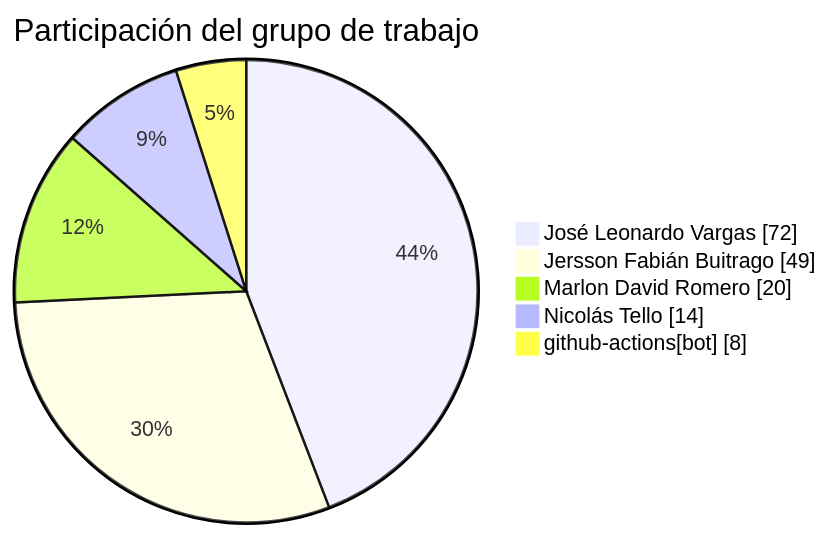
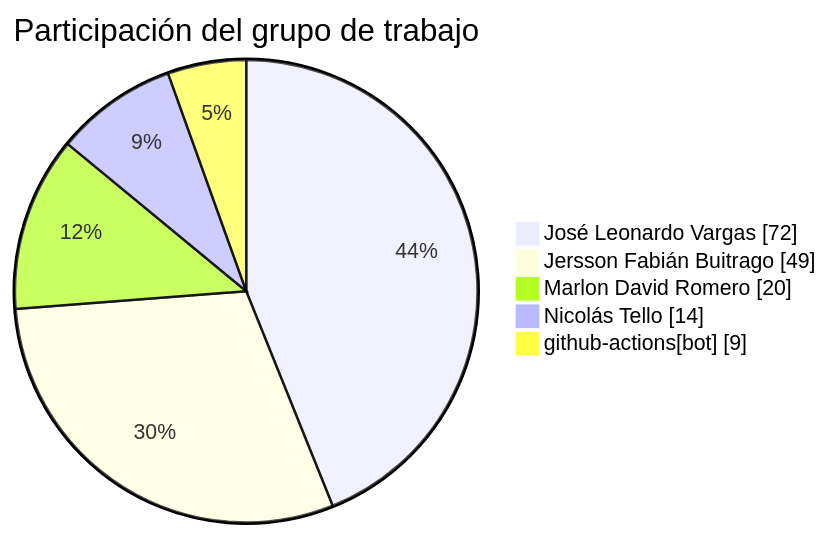
Before and after one commit to FarmaExpres/FarmaExpres: the first of 2 diagrams in README.md, drawn with Mermaid. The commit also changed other lines of this file and 1 other file, not shown here.

````diff
--- a/README.md
+++ b/README.md
@@ -27,9 +27,9 @@
 ```mermaid
 pie showData
     title Participación del grupo de trabajo
     "José Leonardo Vargas" : 72
     "Jersson Fabián Buitrago" : 49
     "Marlon David Romero" : 20
     "Nicolás Tello" : 14
-    "github-actions[bot]" : 8
+    "github-actions[bot]" : 9
 ```
````
